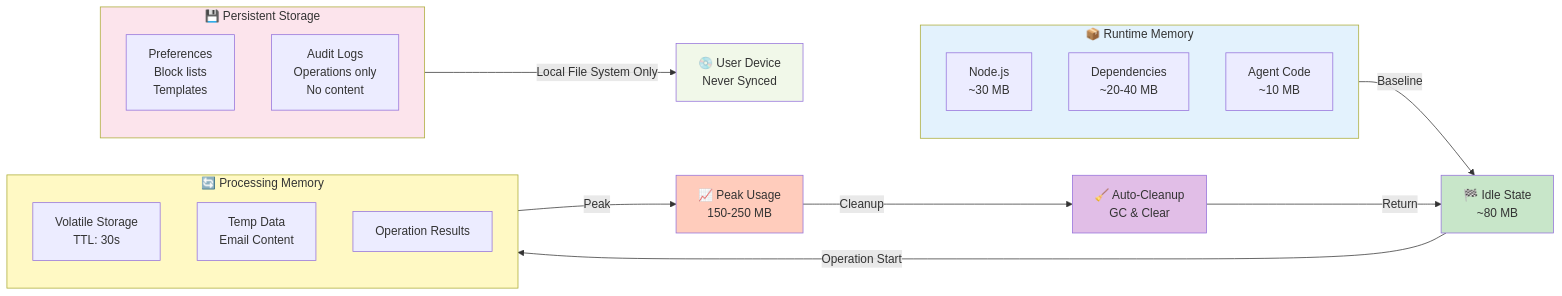
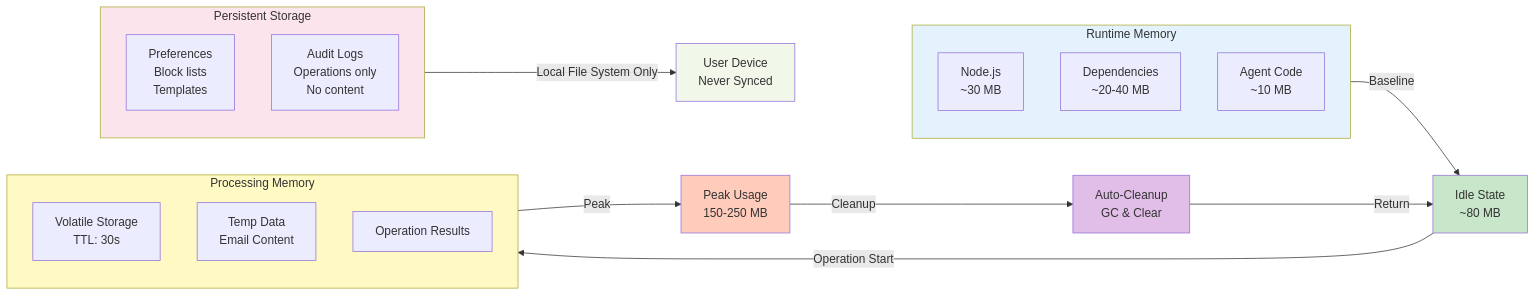
Before and after one commit to fivepanelhat/CAT-mail: the third of 10 diagrams in ARCHITECTURE.md, drawn with Mermaid. The commit also changed other lines of this file and 50 other files, not shown here.

````diff
--- a/ARCHITECTURE.md
+++ b/ARCHITECTURE.md
@@ -147,39 +147,39 @@
 ```mermaid
 graph LR
-    subgraph Runtime["📦 Runtime Memory"]
-        NodeJS["Node.js<br/>~30 MB"]
-        Deps["Dependencies<br/>~20-40 MB"]
-        Code["Agent Code<br/>~10 MB"]
-    end
-    
-    Runtime -->|Baseline| Idle["🏁 Idle State<br/>~80 MB"]
-    
-    subgraph Processing["🔄 Processing Memory"]
-        Volatile["Volatile Storage<br/>TTL: 30s"]
-        TempData["Temp Data<br/>Email Content"]
-        Results["Operation Results<br/>"]
-    end
-    
-    Idle -->|Operation Start| Processing
-    
-    Processing -->|Peak| Peak["📈 Peak Usage<br/>150-250 MB"]
-    
-    Peak -->|Cleanup| AutoClean["🧹 Auto-Cleanup<br/>GC & Clear"]
-    
-    AutoClean -->|Return| Idle
-    
-    subgraph Persistent["💾 Persistent Storage"]
-        Prefs["Preferences<br/>Block lists<br/>Templates"]
-        Logs["Audit Logs<br/>Operations only<br/>No content"]
-    end
-    
-    Persistent -->|Local File System Only| LocalDisk["💿 User Device<br/>Never Synced"]
-    
-    style Runtime fill:#e3f2fd
-    style Idle fill:#c8e6c9
-    style Processing fill:#fff9c4
-    style Peak fill:#ffccbc
-    style AutoClean fill:#e1bee7
-    style Persistent fill:#fce4ec
-    style LocalDisk fill:#f1f8e9
+ subgraph Runtime[" Runtime Memory"]
+ NodeJS["Node.js<br/>~30 MB"]
+ Deps["Dependencies<br/>~20-40 MB"]
+ Code["Agent Code<br/>~10 MB"]
+ end
+ 
+ Runtime -->|Baseline| Idle[" Idle State<br/>~80 MB"]
+ 
+ subgraph Processing[" Processing Memory"]
+ Volatile["Volatile Storage<br/>TTL: 30s"]
+ TempData["Temp Data<br/>Email Content"]
+ Results["Operation Results<br/>"]
+ end
+ 
+ Idle -->|Operation Start| Processing
+ 
+ Processing -->|Peak| Peak[" Peak Usage<br/>150-250 MB"]
+ 
+ Peak -->|Cleanup| AutoClean[" Auto-Cleanup<br/>GC & Clear"]
+ 
+ AutoClean -->|Return| Idle
+ 
+ subgraph Persistent[" Persistent Storage"]
+ Prefs["Preferences<br/>Block lists<br/>Templates"]
+ Logs["Audit Logs<br/>Operations only<br/>No content"]
+ end
+ 
+ Persistent -->|Local File System Only| LocalDisk[" User Device<br/>Never Synced"]
+ 
+ style Runtime fill:#e3f2fd
+ style Idle fill:#c8e6c9
+ style Processing fill:#fff9c4
+ style Peak fill:#ffccbc
+ style AutoClean fill:#e1bee7
+ style Persistent fill:#fce4ec
+ style LocalDisk fill:#f1f8e9
 ```
````
